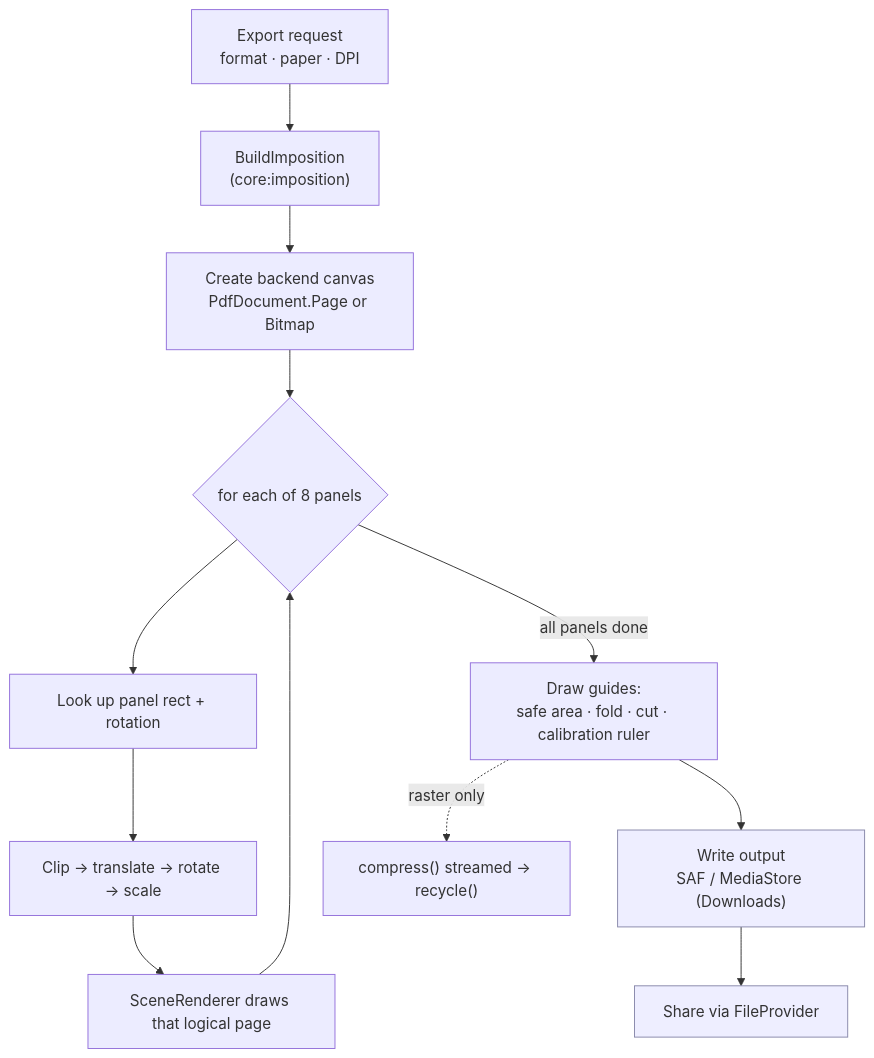
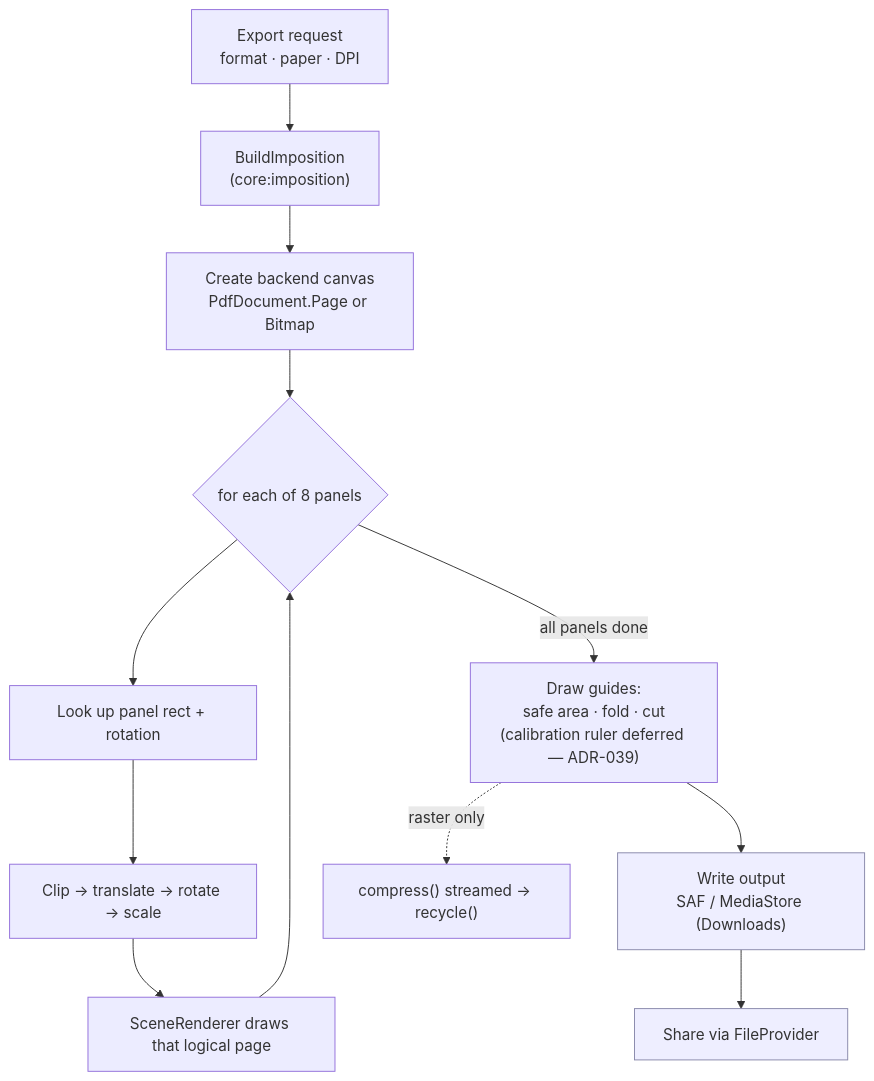
Before and after one commit to aritr-codes/zinely-android: the fifth of 10 diagrams in docs/ARCHITECTURE.md, drawn with Mermaid. The commit also changed other lines of this file and 16 other files, not shown here.

````diff
--- a/docs/ARCHITECTURE.md
+++ b/docs/ARCHITECTURE.md
@@ -193,17 +193,17 @@
 ```mermaid
 flowchart TD
     A["Export request\nformat · paper · DPI"] --> B["BuildImposition\n(core:imposition)"]
     B --> C["Create backend canvas\nPdfDocument.Page or Bitmap"]
     C --> D{"for each of 8 panels"}
     D --> E["Look up panel rect + rotation"]
     E --> F["Clip → translate → rotate → scale"]
     F --> G["SceneRenderer draws that logical page"]
     G --> D
-    D -->|all panels done| H["Draw guides:\nsafe area · fold · cut · calibration ruler"]
+    D -->|all panels done| H["Draw guides:\nsafe area · fold · cut\n(calibration ruler deferred — ADR-039)"]
     H --> I["Write output\nSAF / MediaStore (Downloads)"]
     I --> J["Share via FileProvider"]
     H -. raster only .-> K["compress() streamed → recycle()"]
 
     classDef nonet fill:#eef,stroke:#88a;
     class I,J nonet;
 ```
````
